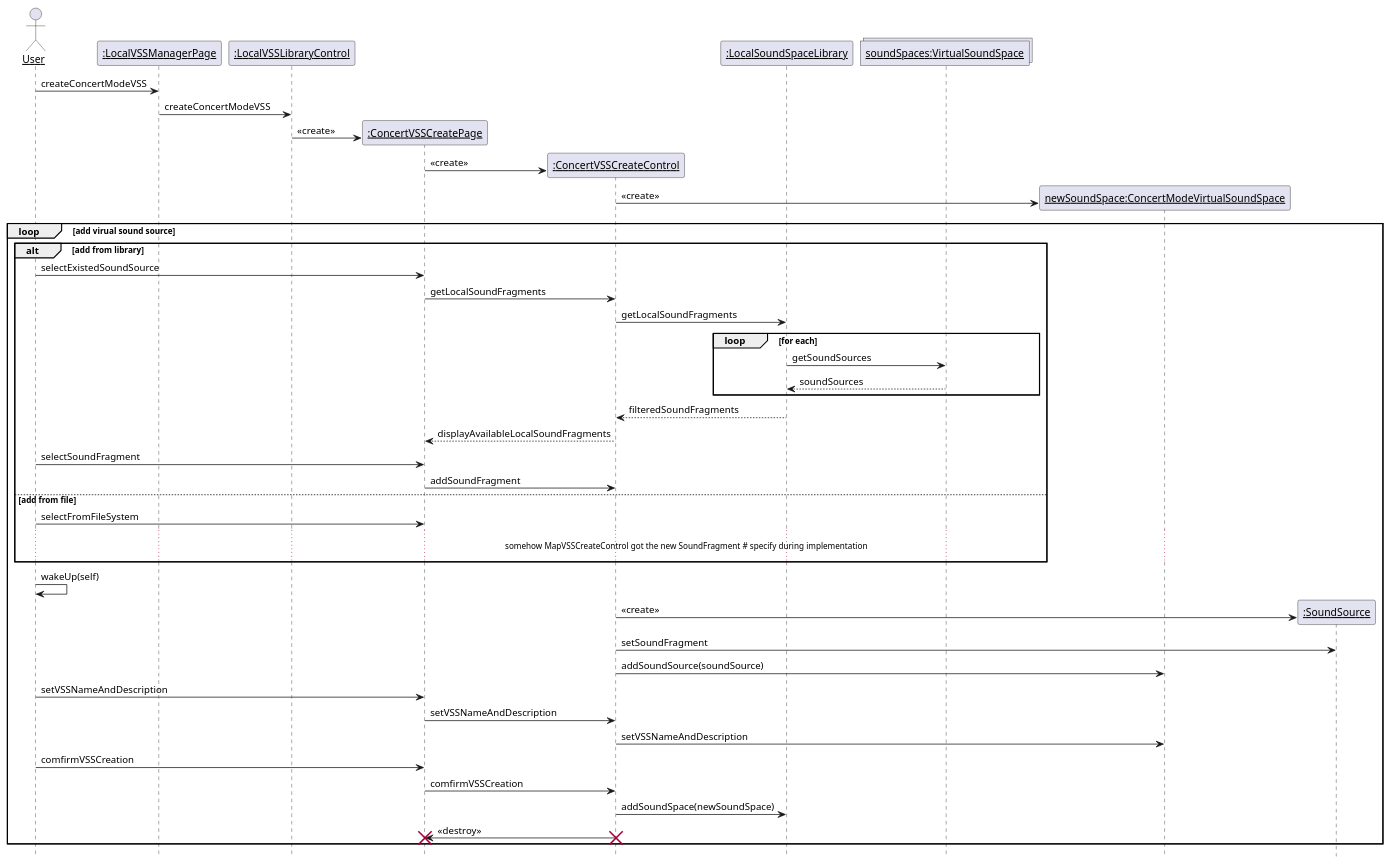
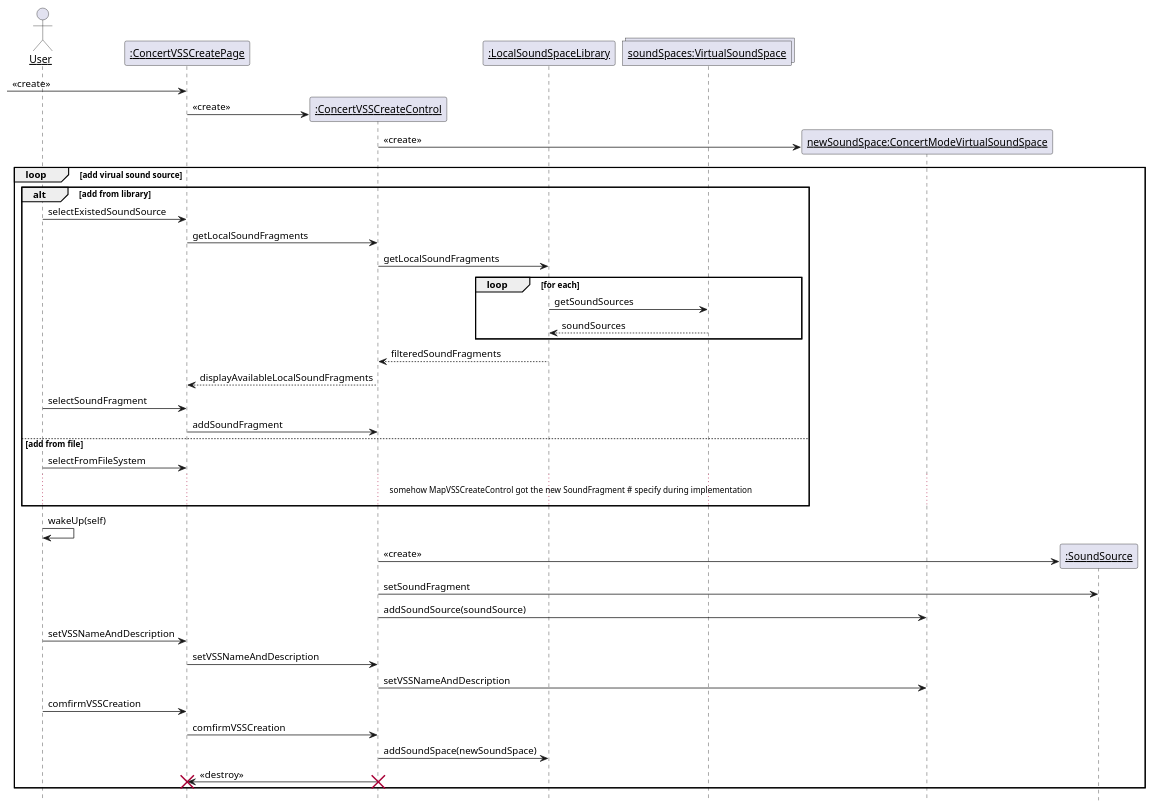
One commit to kpp19920121/doc changed the sixth of 20 diagrams in 需求定义和分析/SeqDiagram.md. Above: the diagram before and after it, drawn with PlantUML. The commit also changed other lines of this file and 17 other files, not shown here.

````diff
--- a/需求定义和分析/SeqDiagram.md
+++ b/需求定义和分析/SeqDiagram.md
@@ -251,66 +263,60 @@
 ```PlantUML
 @startuml CreateConcertModeVSS
 hide footbox
 skinparam sequenceParticipant underline
 
 
 actor User as user
-participant ":LocalVSSManagerPage" as boundary
-participant ":LocalVSSLibraryControl" as control
 participant ":ConcertVSSCreatePage" as createboundary
 participant ":ConcertVSSCreateControl" as createcontrol
 participant ":LocalSoundSpaceLibrary" as library
 collections "soundSpaces:VirtualSoundSpace" as vsses
 participant "newSoundSpace:ConcertModeVirtualSoundSpace" as newspace
 
-
-
-user -> boundary: createConcertModeVSS
-boundary -> control: createConcertModeVSS
 create createboundary
-control -> createboundary: <<create>>
+-> createboundary: <<create>>
 create createcontrol
 createboundary -> createcontrol: <<create>>
 create newspace
 createcontrol -> newspace: <<create>>
 
 loop add virual sound source
     alt add from library
         user -> createboundary: selectExistedSoundSource
         createboundary -> createcontrol: getLocalSoundFragments
         createcontrol -> library: getLocalSoundFragments
         loop for each
             library -> vsses: getSoundSources
             vsses --> library: soundSources
         end
         library --> createcontrol: filteredSoundFragments
         createcontrol --> createboundary: displayAvailableLocalSoundFragments
         user -> createboundary: selectSoundFragment
         createboundary -> createcontrol: addSoundFragment
     else add from file
         user -> createboundary: selectFromFileSystem
         ...somehow MapVSSCreateControl got the new SoundFragment # specify during implementation...
     end
 
 
     participant ":SoundSource" as source
     user -> user: wakeUp(self)
     create source
     createcontrol -> source: <<create>>
     createcontrol -> source: setSoundFragment
     createcontrol -> newspace: addSoundSource(soundSource)
     user -> createboundary: setVSSNameAndDescription
     createboundary -> createcontrol: setVSSNameAndDescription
     createcontrol -> newspace: setVSSNameAndDescription
     user -> createboundary: comfirmVSSCreation
     createboundary -> createcontrol: comfirmVSSCreation
     createcontrol -> library: addSoundSpace(newSoundSpace)
 
     createcontrol -> createboundary: <<destroy>>
     destroy createboundary
     destroy createcontrol
 
 
 end
 @enduml
 ```
````
